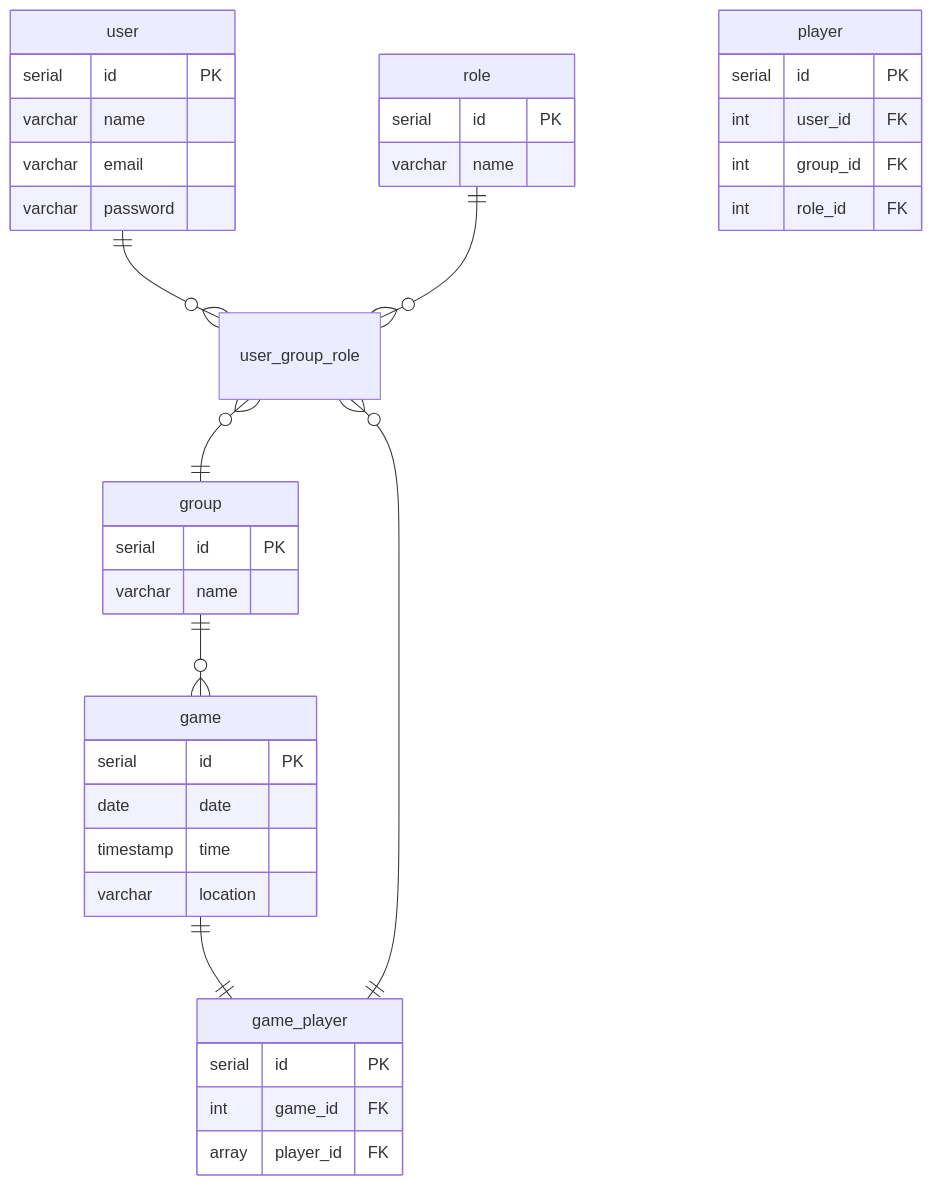
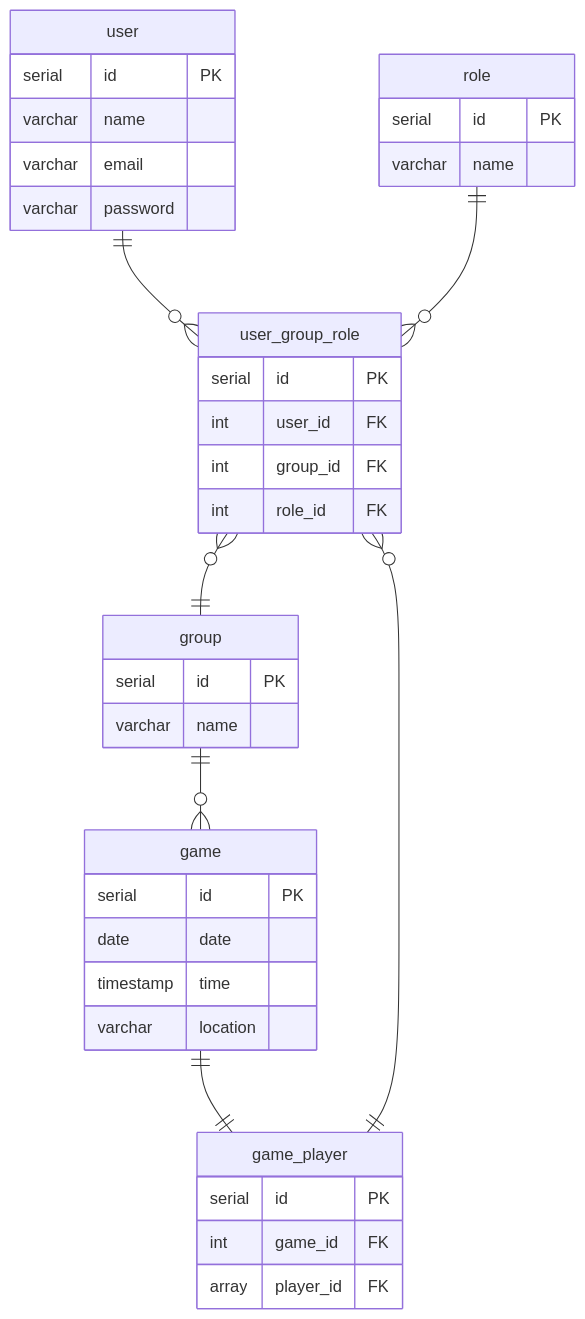
Before and after one commit to MichaelM9/5-A-Side-Organiser: the second of 2 diagrams in README.md, drawn with Mermaid.

Commit message:
Update table name

````diff
--- a/README.md
+++ b/README.md
@@ -49,41 +49,41 @@
 ```mermaid
 erDiagram
 user ||--o{ user_group_role : ""
 role ||--o{ user_group_role: ""
 user_group_role }o--|| group : ""
 group ||--o{ game : ""
 game ||--|| game_player : ""
 user_group_role }o--|| game_player : ""
 
 user {
     serial id PK
     varchar name
     varchar email
     varchar password
 }
 role {
     serial id PK
     varchar name
 }
-player {
+user_group_role {
     serial id PK
     int user_id FK
     int group_id FK
     int role_id FK
 }
 group {
     serial id PK
     varchar name
 }
 game {
     serial id PK
     date date
     timestamp time
     varchar location
 }
 game_player {
     serial id PK
     int game_id FK
     array player_id FK
 }
 ```
````
